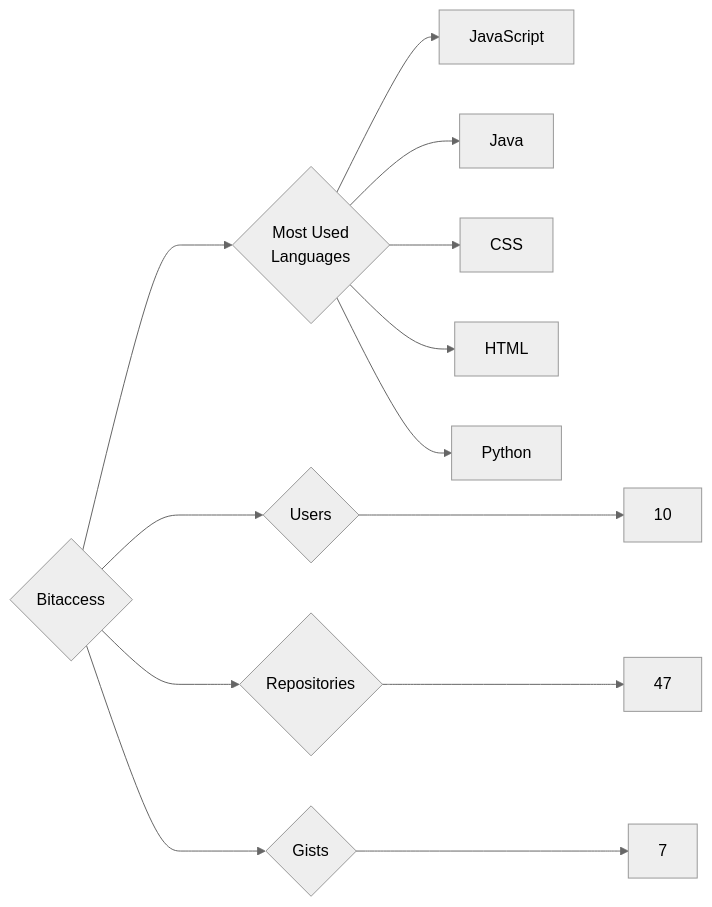
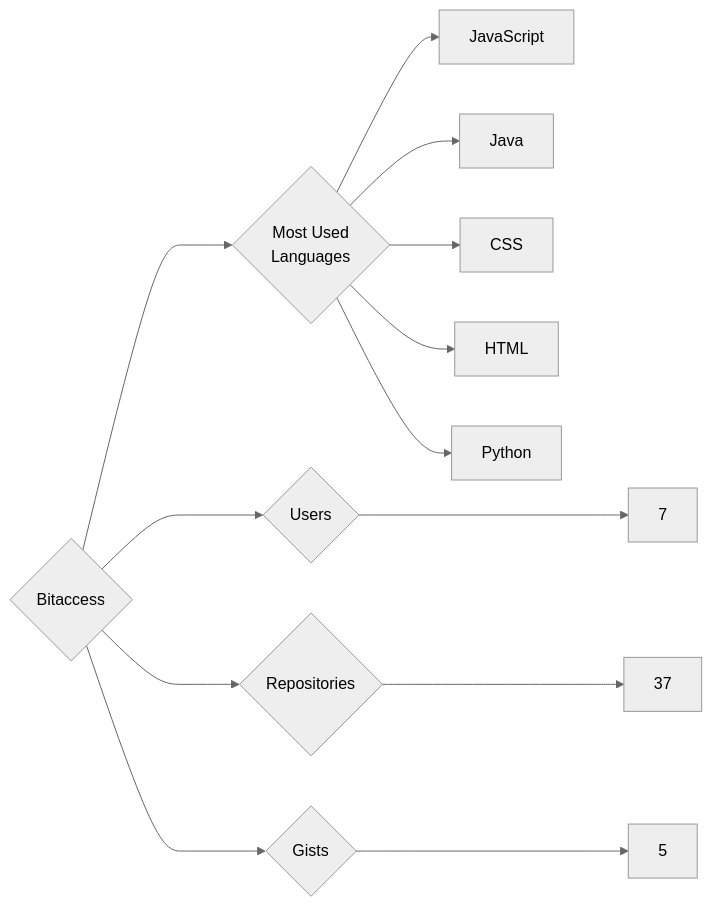
The diagram in targets/Bitaccess/README.md (trickest/insiders), drawn with Mermaid (neutral theme) before and after one commit. The commit also changed 934 other files, not shown here.

````diff
--- a/targets/Bitaccess/README.md
+++ b/targets/Bitaccess/README.md
@@ -3,13 +3,13 @@
 ```mermaid
 graph LR
 COMPANY_NAME{Bitaccess}
-COMPANY_NAME ---> U{Users} ---> UN[10]
-COMPANY_NAME ---> R{Repositories} ---> RN[47]
-COMPANY_NAME ---> G{Gists} ---> GN[7]
+COMPANY_NAME ---> U{Users} ---> UN[7]
+COMPANY_NAME ---> R{Repositories} ---> RN[37]
+COMPANY_NAME ---> G{Gists} ---> GN[5]
 COMPANY_NAME ---> ML{Most Used<br>Languages}
 ML --> JavaScript[JavaScript]
 ML --> Java[Java]
 ML --> CSS[CSS]
 ML --> HTML[HTML]
 ML --> Python[Python]
 ```
````
